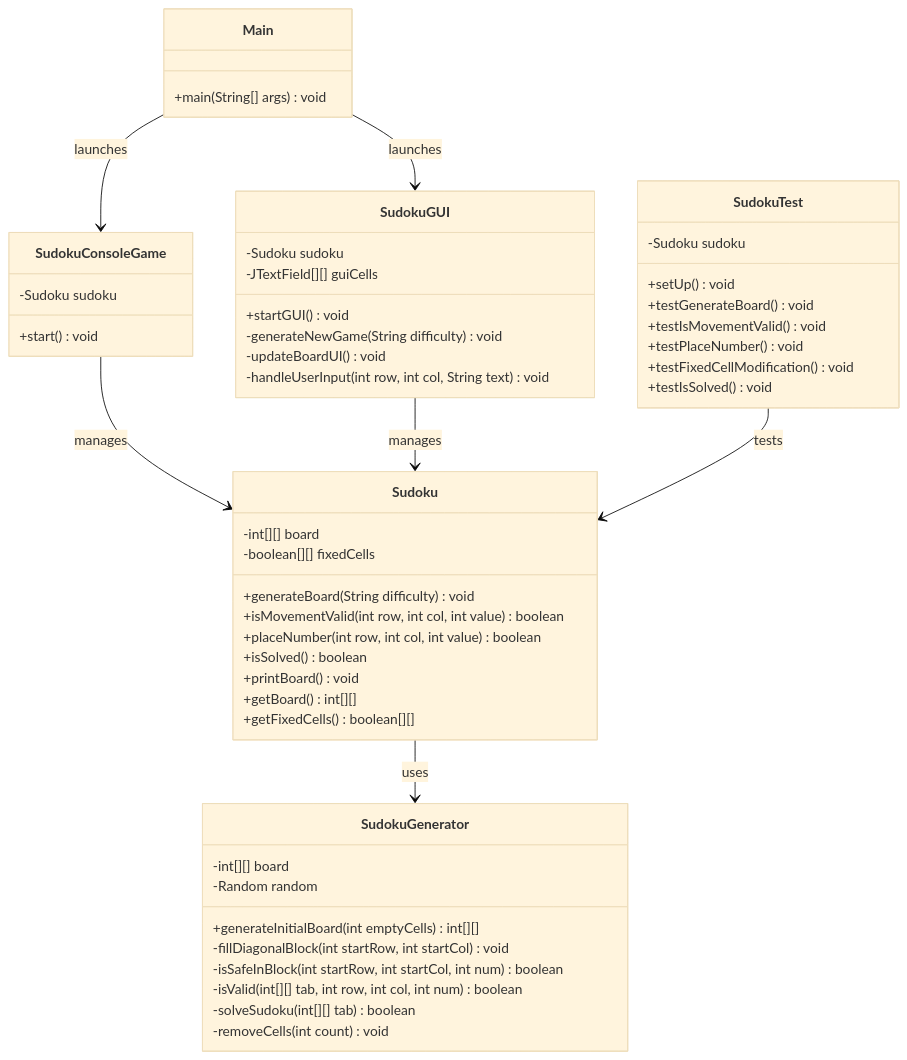
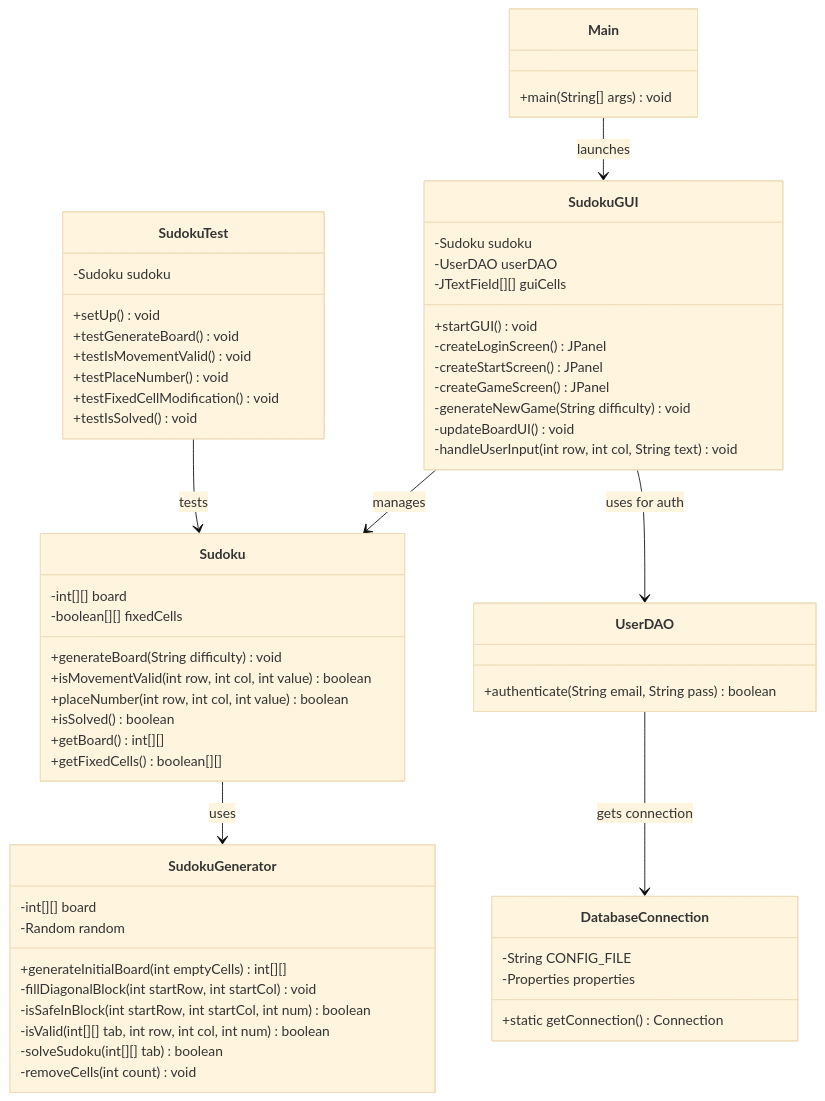
Before and after one commit to Pablobc1208/Sudoku_SI: the diagram in CLASS_DIAGRAM.md, drawn with Mermaid (base theme). The commit also changed 2 other files, not shown here.

Commit message:
Ingenieria inversa de los diagramas y mini correccion en el main

````diff
--- a/CLASS_DIAGRAM.md
+++ b/CLASS_DIAGRAM.md
@@ -3,60 +3,68 @@
 ```mermaid
 classDiagram
     class Sudoku {
         -int[][] board
         -boolean[][] fixedCells
         +generateBoard(String difficulty) void
         +isMovementValid(int row, int col, int value) boolean
         +placeNumber(int row, int col, int value) boolean
         +isSolved() boolean
-        +printBoard() void
         +getBoard() int[][]
         +getFixedCells() boolean[][]
     }
 
     class SudokuGenerator {
         -int[][] board
         -Random random
         +generateInitialBoard(int emptyCells) int[][]
         -fillDiagonalBlock(int startRow, int startCol) void
         -isSafeInBlock(int startRow, int startCol, int num) boolean
         -isValid(int[][] tab, int row, int col, int num) boolean
         -solveSudoku(int[][] tab) boolean
         -removeCells(int count) void
     }
 
-    class SudokuConsoleGame {
-        -Sudoku sudoku
-        +start() void
+    class DatabaseConnection {
+        -String CONFIG_FILE
+        -Properties properties
+        +static getConnection() Connection
+    }
+
+    class UserDAO {
+        +authenticate(String email, String pass) boolean
     }
 
     class SudokuGUI {
         -Sudoku sudoku
+        -UserDAO userDAO
         -JTextField[][] guiCells
         +startGUI() void
+        -createLoginScreen() JPanel
+        -createStartScreen() JPanel
+        -createGameScreen() JPanel
         -generateNewGame(String difficulty) void
         -updateBoardUI() void
         -handleUserInput(int row, int col, String text) void
     }
 
     class Main {
         +main(String[] args) void
     }
 
     class SudokuTest {
         -Sudoku sudoku
         +setUp() void
         +testGenerateBoard() void
         +testIsMovementValid() void
         +testPlaceNumber() void
         +testFixedCellModification() void
         +testIsSolved() void
     }
 
     Sudoku --> SudokuGenerator : uses
-    SudokuConsoleGame --> Sudoku : manages
     SudokuGUI --> Sudoku : manages
-    Main --> SudokuConsoleGame : launches
+    SudokuGUI --> UserDAO : uses for auth
+    UserDAO --> DatabaseConnection : gets connection
     Main --> SudokuGUI : launches
     SudokuTest --> Sudoku : tests
 ```
````
